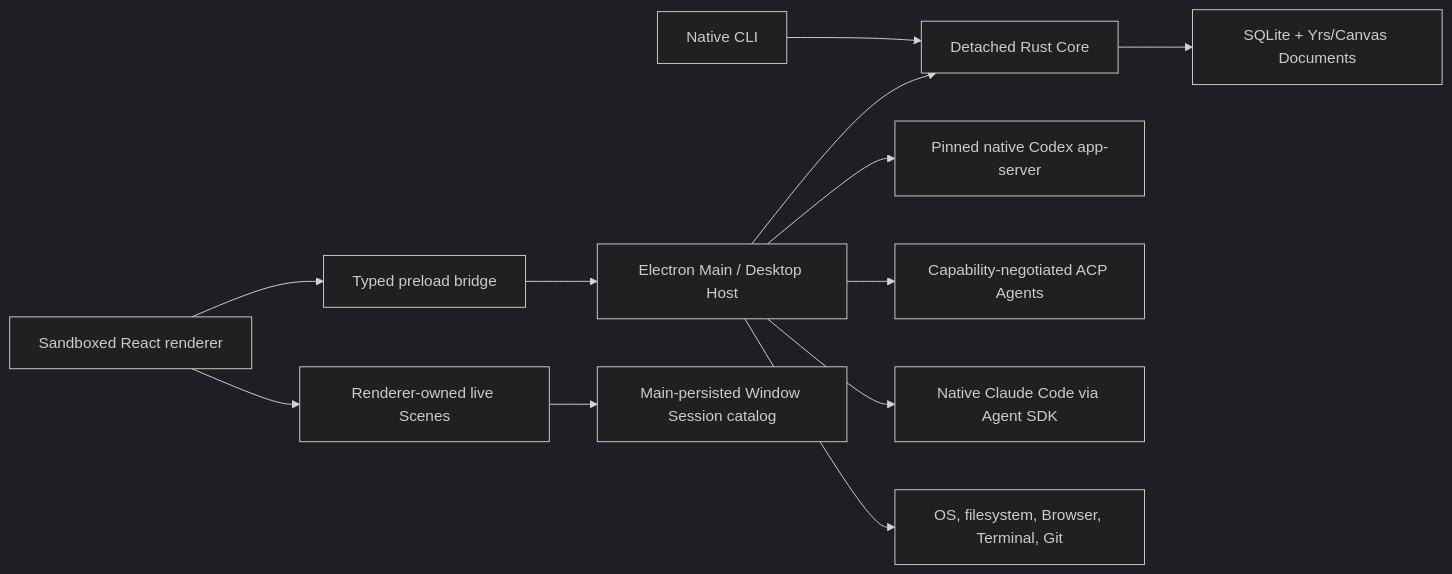
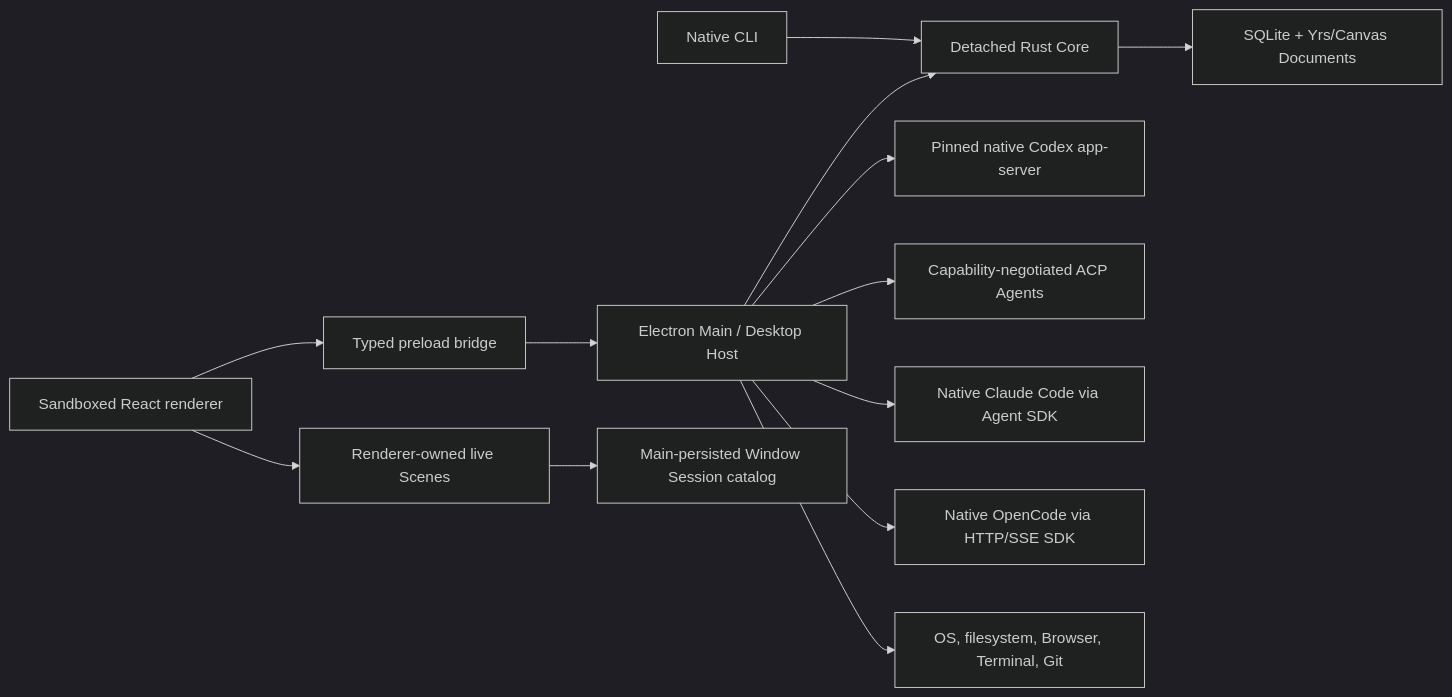
One commit to junyudev/nodex changed the first of 3 diagrams in docs/ARCHITECTURE.md. Above: the diagram before and after it, drawn with Mermaid (dark theme). The commit also changed other lines of this file and 147 other files, not shown here.

````diff
--- a/docs/ARCHITECTURE.md
+++ b/docs/ARCHITECTURE.md
@@ -16,14 +16,15 @@
 ```mermaid
 flowchart LR
     Renderer["Sandboxed React renderer"] --> Preload["Typed preload bridge"]
     Preload --> Main["Electron Main / Desktop Host"]
     Main --> Core["Detached Rust Core"]
     CLI["Native CLI"] --> Core
     Core --> Store["SQLite + Yrs/Canvas Documents"]
     Main --> Codex["Pinned native Codex app-server"]
     Main --> ACP["Capability-negotiated ACP Agents"]
     Main --> Claude["Native Claude Code via Agent SDK"]
+    Main --> OpenCode["Native OpenCode via HTTP/SSE SDK"]
     Main --> Host["OS, filesystem, Browser, Terminal, Git"]
     Renderer --> Scene["Renderer-owned live Scenes"]
     Scene --> Catalog["Main-persisted Window Session catalog"]
 ```
````
